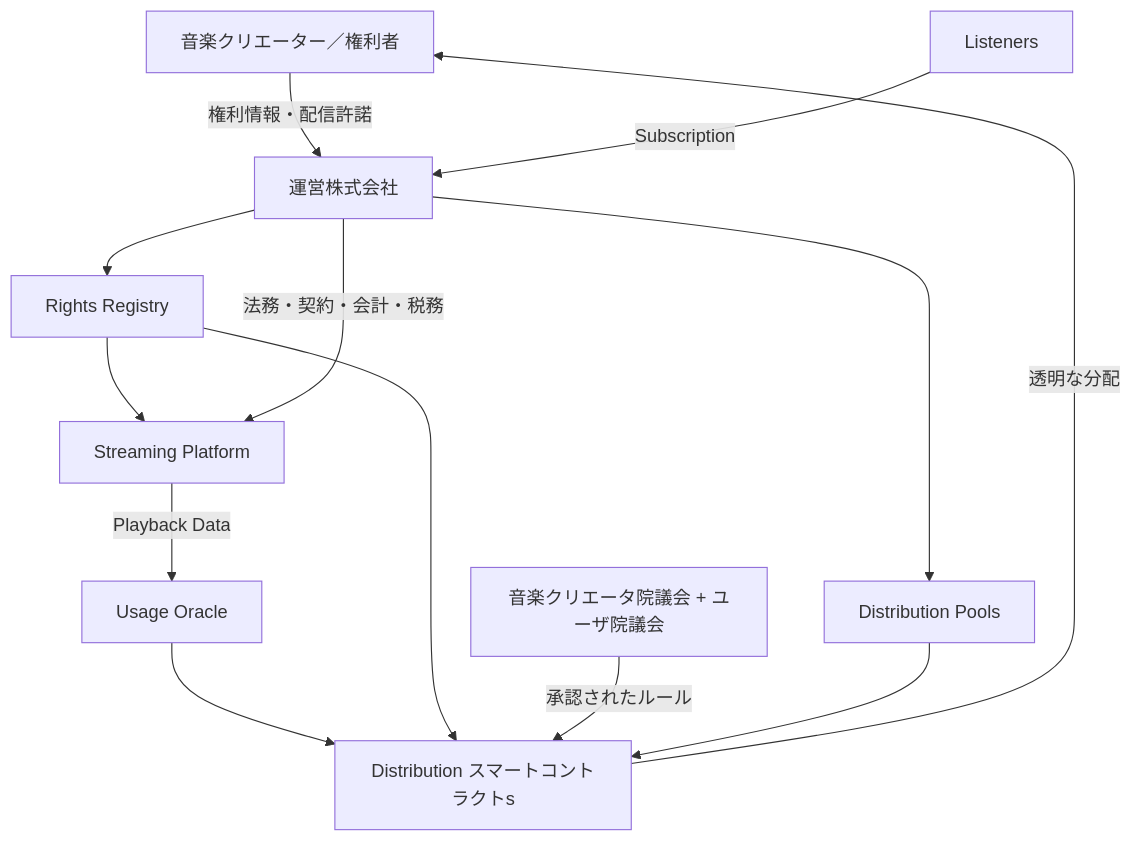
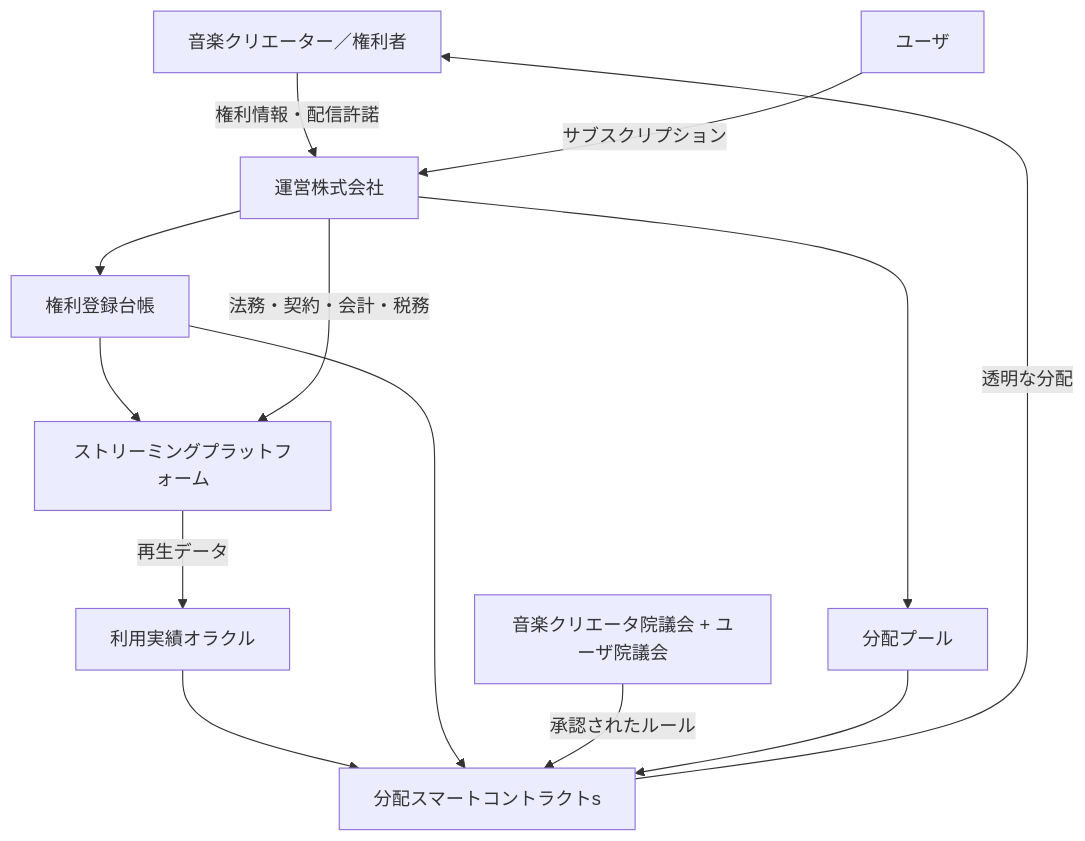
Diagram 16 of 17 in docs/whitepaper/03-rights-and-money.md (ShigeichiroYamasaki/creator-first-platform), drawn with Mermaid before and after one commit. The commit also changed other lines of this file and 72 other files, not shown here.

````diff
--- a/docs/whitepaper/03-rights-and-money.md
+++ b/docs/whitepaper/03-rights-and-money.md
@@ -383,25 +383,25 @@
 ```mermaid
 flowchart TD
     CREATOR[音楽クリエーター／権利者]
-    USER[Listeners]
+    USER[ユーザ]
     CORP[運営株式会社]
-    RIGHTS[Rights Registry]
-    DSP[Streaming Platform]
-    ORACLE[Usage Oracle]
+    RIGHTS[権利登録台帳]
+    DSP[ストリーミングプラットフォーム]
+    ORACLE[利用実績オラクル]
     GOV[音楽クリエータ院議会 + ユーザ院議会]
-    SC[Distribution スマートコントラクトs]
-    MONEY[Distribution Pools]
+    SC[分配スマートコントラクトs]
+    MONEY[分配プール]
 
     CREATOR -->|権利情報・配信許諾| CORP
     CORP --> RIGHTS
     RIGHTS --> DSP
-    USER -->|Subscription| CORP
-    DSP -->|Playback Data| ORACLE
+    USER -->|サブスクリプション| CORP
+    DSP -->|再生データ| ORACLE
     ORACLE --> SC
     RIGHTS --> SC
     GOV -->|承認されたルール| SC
     CORP --> MONEY
     MONEY --> SC
     SC -->|透明な分配| CREATOR
     CORP -->|法務・契約・会計・税務| DSP
 ```
````
